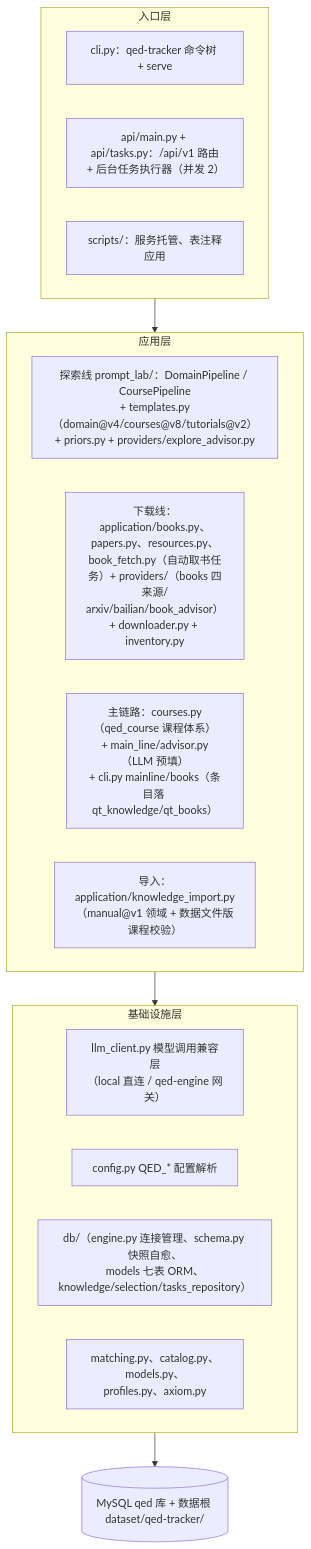
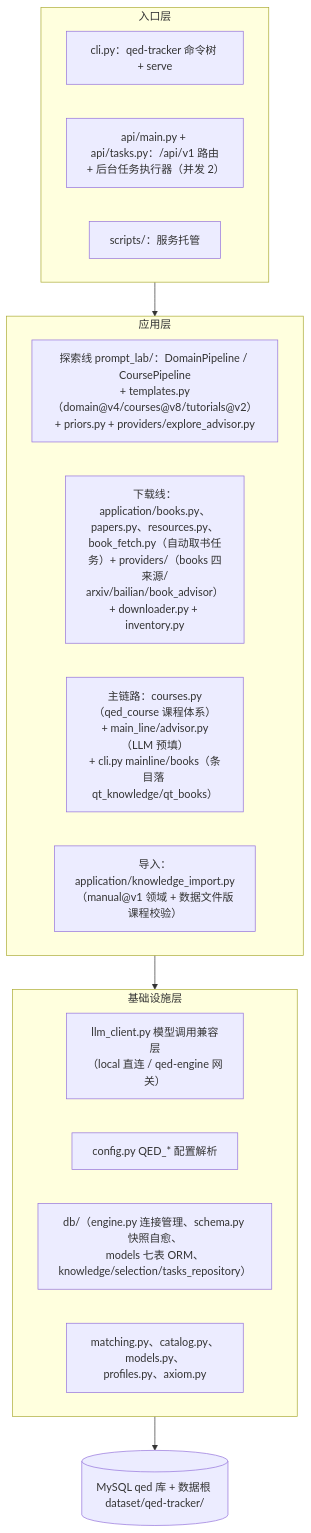
Before and after one commit to swfswf1234/QED-Tracker: the second of 2 diagrams in docs/architecture/system-overview.md, drawn with Mermaid. The commit also changed other lines of this file and 31 other files, not shown here.

````diff
--- a/docs/architecture/system-overview.md
+++ b/docs/architecture/system-overview.md
@@ -60,24 +60,24 @@
 ```mermaid
 flowchart TB
     subgraph ENTRY["入口层"]
         CLI2["cli.py：qed-tracker 命令树 + serve"]
         API2["api/main.py + api/tasks.py：/api/v1 路由<br/>+ 后台任务执行器（并发 2）"]
-        SCRIPTS2["scripts/：服务托管、表注释应用"]
+        SCRIPTS2["scripts/：服务托管"]
     end
     subgraph APP["应用层"]
         EXP["探索线 prompt_lab/：DomainPipeline / CoursePipeline<br/>+ templates.py（domain@v4/courses@v8/tutorials@v2）<br/>+ priors.py + providers/explore_advisor.py"]
         DWN["下载线：application/books.py、papers.py、resources.py、<br/>book_fetch.py（自动取书任务）+ providers/（books 四来源/<br/>arxiv/bailian/book_advisor）+ downloader.py + inventory.py"]
         MLN["主链路：courses.py（qed_course 课程体系）<br/>+ main_line/advisor.py（LLM 预填）<br/>+ cli.py mainline/books（条目落 qt_knowledge/qt_books）"]
         IMP["导入：application/knowledge_import.py（manual@v1 领域 + 数据文件版课程校验）"]
     end
     subgraph INFRA["基础设施层"]
         LC["llm_client.py 模型调用兼容层<br/>（local 直连 / qed-engine 网关）"]
         CFG["config.py QED_* 配置解析"]
         DBL["db/（engine.py 连接管理、schema.py 快照自愈、<br/>models 七表 ORM、knowledge/selection/tasks_repository）"]
         UTL["matching.py、catalog.py、models.py、<br/>profiles.py、axiom.py"]
     end
     DATA[("MySQL qed 库 + 数据根 dataset/qed-tracker/")]
     ENTRY --> APP
     APP --> INFRA
     INFRA --> DATA
 ```
````
